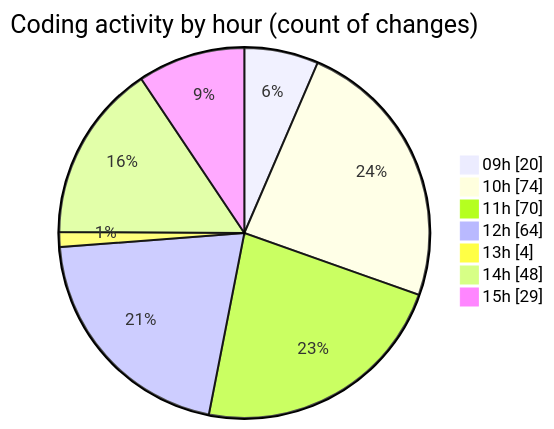
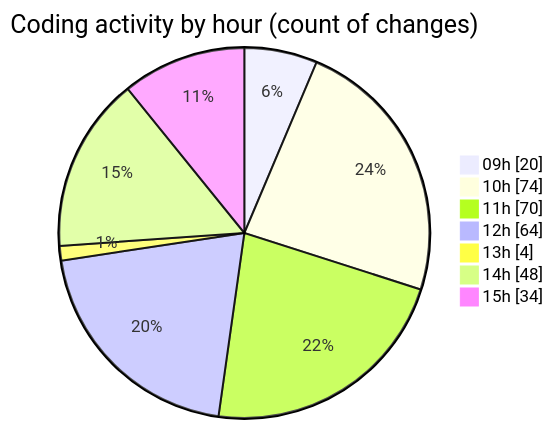
Before and after one commit to CELIANVF/code-tracking: the second of 2 diagrams in 2025-06-06/ecodeli-1/README.md, drawn with Mermaid. The commit also changed other lines of this file and 1 other file, not shown here.

````diff
--- a/2025-06-06/ecodeli-1/README.md
+++ b/2025-06-06/ecodeli-1/README.md
@@ -108,11 +110,11 @@
 ```mermaid
 pie showData
 title Coding activity by hour (count of changes)
 "09h" : 20
 "10h" : 74
 "11h" : 70
 "12h" : 64
 "13h" : 4
 "14h" : 48
-"15h" : 29
+"15h" : 34
 ```
````
